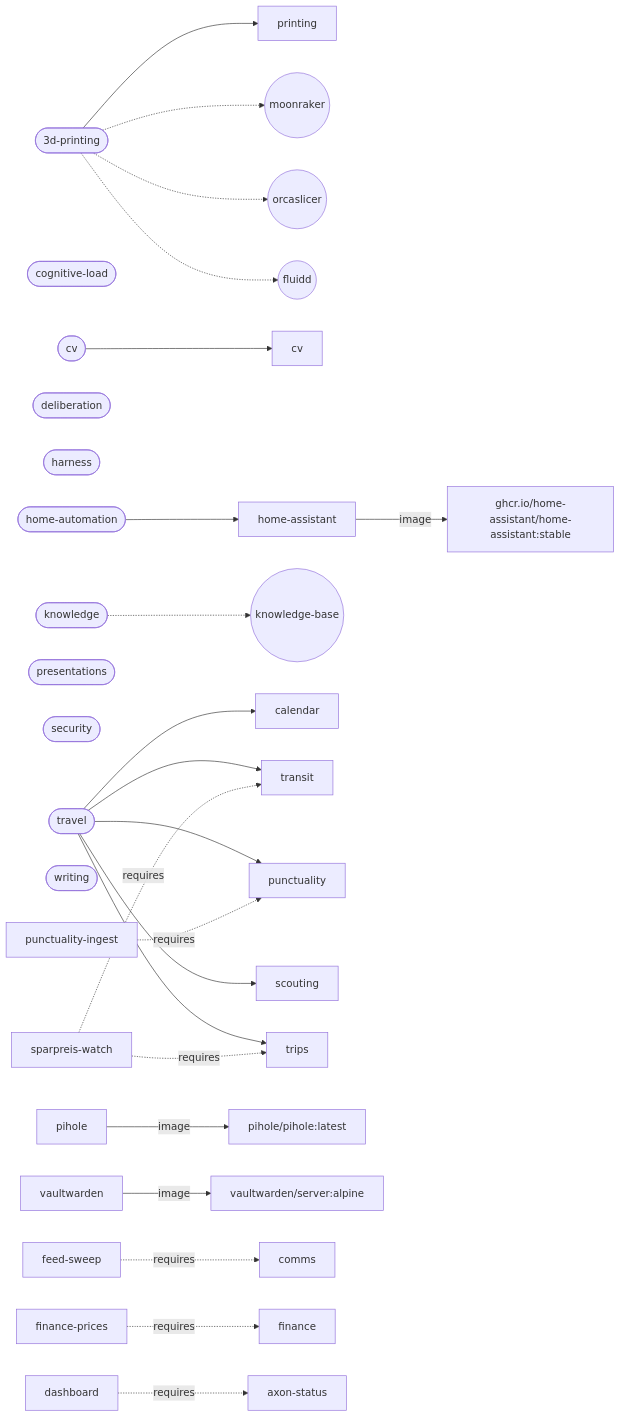
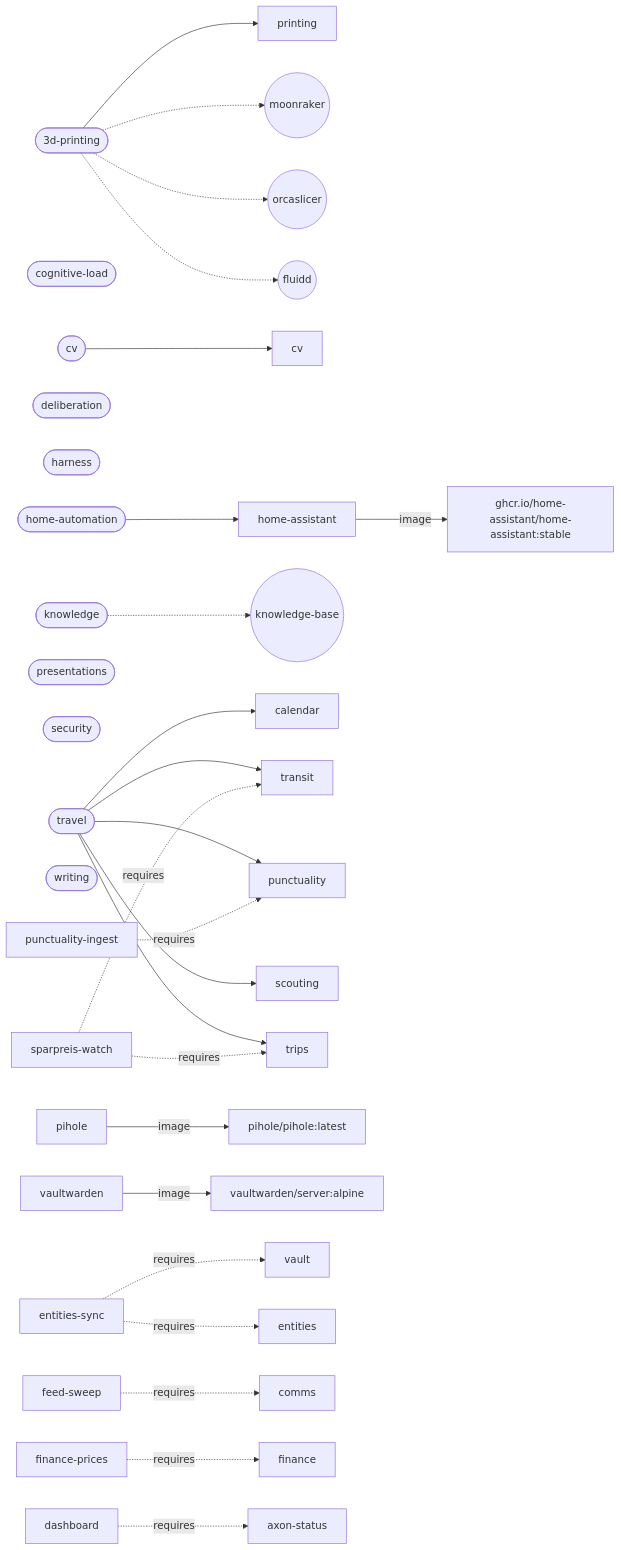
The diagram in ARCHITECTURE.md (larsboes/Axon), drawn with Mermaid before and after one commit. The commit also changed other lines of this file and 13 other files, not shown here.

First line of the commit message:
entities: Obsidian and Google Contacts sync inbound, and a source changes only what it owns

````diff
--- a/ARCHITECTURE.md
+++ b/ARCHITECTURE.md
@@ -152,35 +152,37 @@
 ```mermaid
 flowchart LR
   pack_3d_printing(["3d-printing"])
   pack_3d_printing --> cap_printing["printing"]
   pack_3d_printing -.-> sys_moonraker(("moonraker"))
   pack_3d_printing -.-> sys_orcaslicer(("orcaslicer"))
   pack_3d_printing -.-> sys_fluidd(("fluidd"))
   pack_cognitive_load(["cognitive-load"])
   pack_cv(["cv"])
   pack_cv --> cap_cv["cv"]
   pack_deliberation(["deliberation"])
   pack_harness(["harness"])
   pack_home_automation(["home-automation"])
   pack_home_automation --> cap_home_assistant["home-assistant"]
   pack_knowledge(["knowledge"])
   pack_knowledge -.-> sys_knowledge_base(("knowledge-base"))
   pack_presentations(["presentations"])
   pack_security(["security"])
   pack_travel(["travel"])
   pack_travel --> cap_calendar["calendar"]
   pack_travel --> cap_transit["transit"]
   pack_travel --> cap_punctuality["punctuality"]
   pack_travel --> cap_scouting["scouting"]
   pack_travel --> cap_trips["trips"]
   pack_writing(["writing"])
   cap_home_assistant["home-assistant"] -->|image| img_ghcr_io_home_assistant_home_assistant["ghcr.io/home-assistant/home-assistant:stable"]
   cap_pihole["pihole"] -->|image| img_pihole_pihole["pihole/pihole:latest"]
   cap_vaultwarden["vaultwarden"] -->|image| img_vaultwarden_server["vaultwarden/server:alpine"]
+  cap_entities_sync["entities-sync"] -.->|requires| cap_vault["vault"]
+  cap_entities_sync["entities-sync"] -.->|requires| cap_entities["entities"]
   cap_feed_sweep["feed-sweep"] -.->|requires| cap_comms["comms"]
   cap_finance_prices["finance-prices"] -.->|requires| cap_finance["finance"]
   cap_punctuality_ingest["punctuality-ingest"] -.->|requires| cap_punctuality["punctuality"]
   cap_sparpreis_watch["sparpreis-watch"] -.->|requires| cap_transit["transit"]
   cap_sparpreis_watch["sparpreis-watch"] -.->|requires| cap_trips["trips"]
   cap_dashboard["dashboard"] -.->|requires| cap_axon_status["axon-status"]
 ```
````
